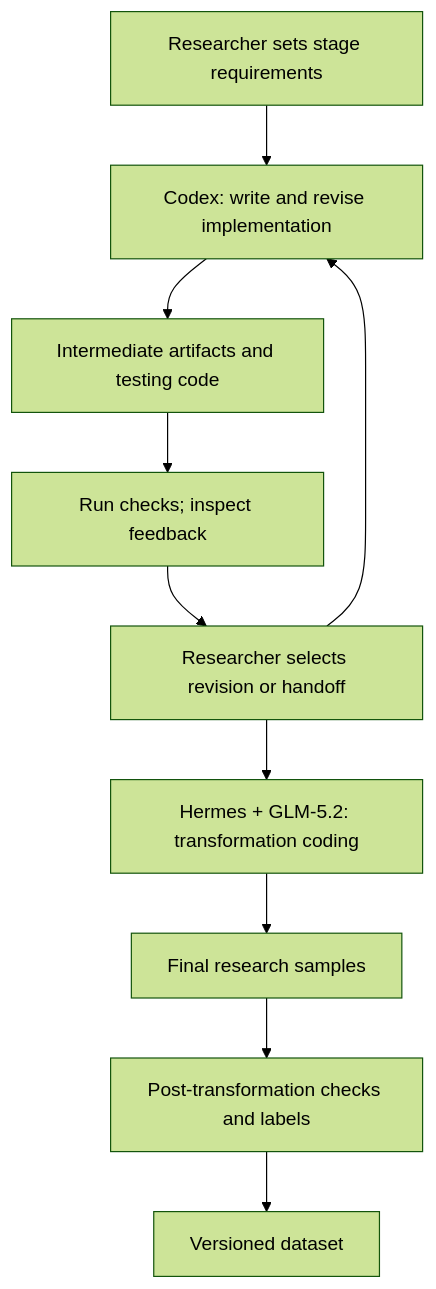
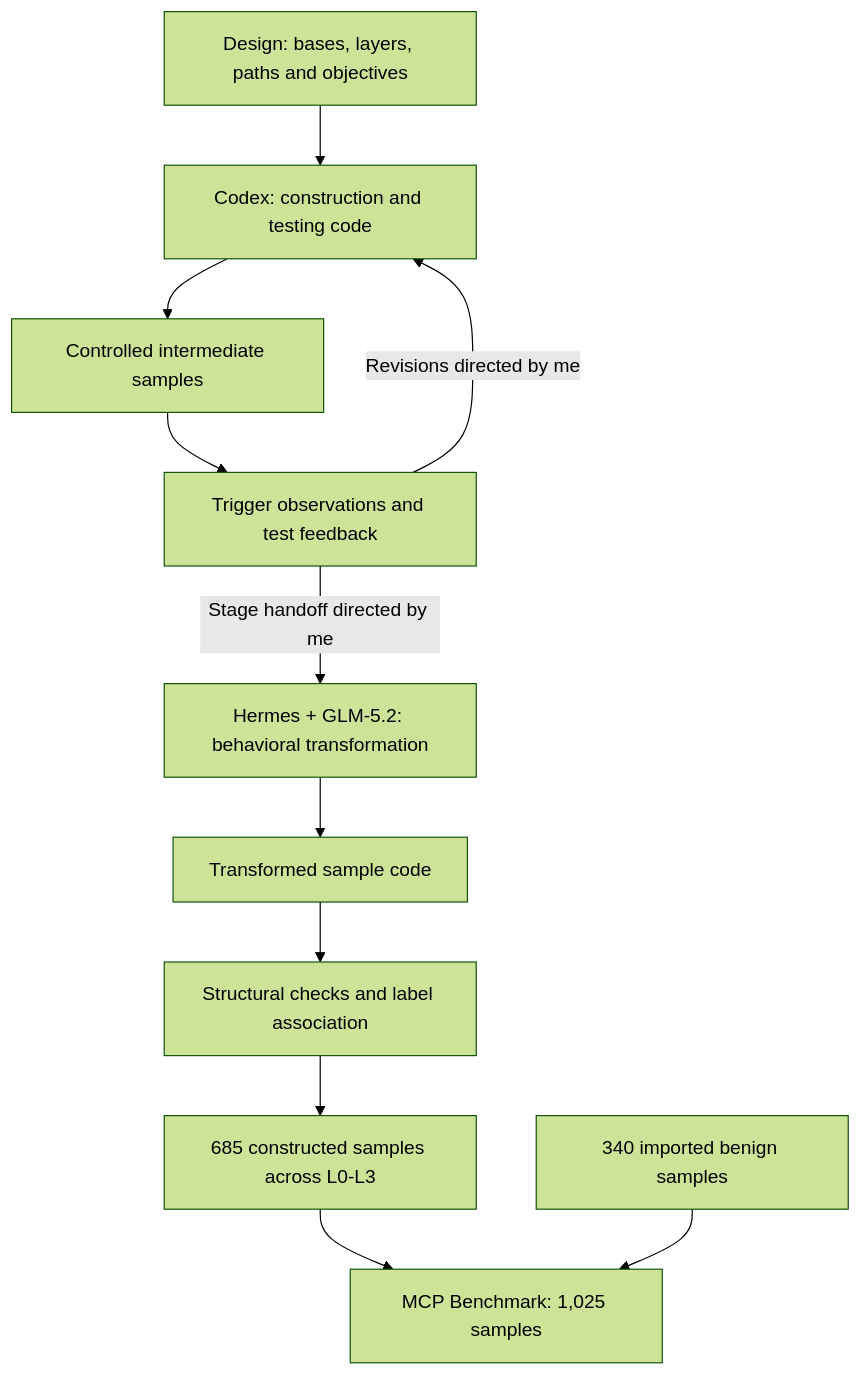
The diagram in method/README.md (yongqicui555/mcp_benchmark_1.0), drawn with Mermaid (forest theme) before and after one commit. The commit also changed other lines of this file and 12 other files, not shown here.

````diff
--- a/method/README.md
+++ b/method/README.md
@@ -21,12 +40,13 @@
 ```mermaid
 flowchart TD
-    A[Researcher sets stage requirements] --> B[Codex: write and revise implementation]
-    B --> C[Intermediate artifacts and testing code]
-    C --> D[Run checks; inspect feedback]
-    D --> E[Researcher selects revision or handoff]
-    E --> B
-    E --> F[Hermes + GLM-5.2: transformation coding]
-    F --> G[Final research samples]
-    G --> H[Post-transformation checks and labels]
-    H --> I[Versioned dataset]
+    A[Design: bases, layers, paths and objectives] --> B[Codex: construction and testing code]
+    B --> C[Controlled intermediate samples]
+    C --> D[Trigger observations and test feedback]
+    D -->|Revisions directed by me| B
+    D -->|Stage handoff directed by me| E[Hermes + GLM-5.2: behavioral transformation]
+    E --> F[Transformed sample code]
+    F --> G[Structural checks and label association]
+    G --> I[685 constructed samples across L0-L3]
+    I --> J[MCP Benchmark: 1,025 samples]
+    K[340 imported benign samples] --> J
 ```
````
